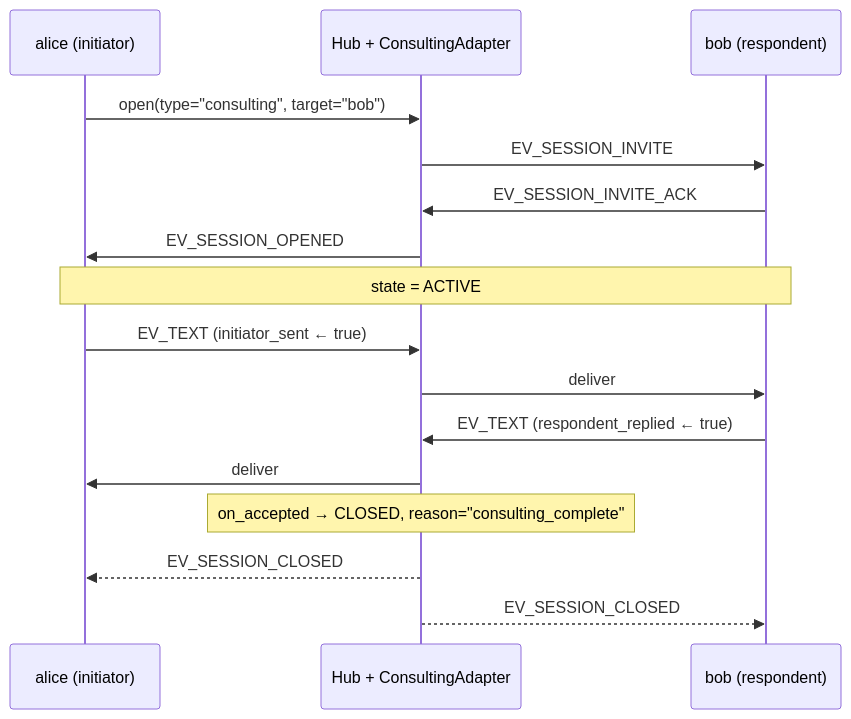
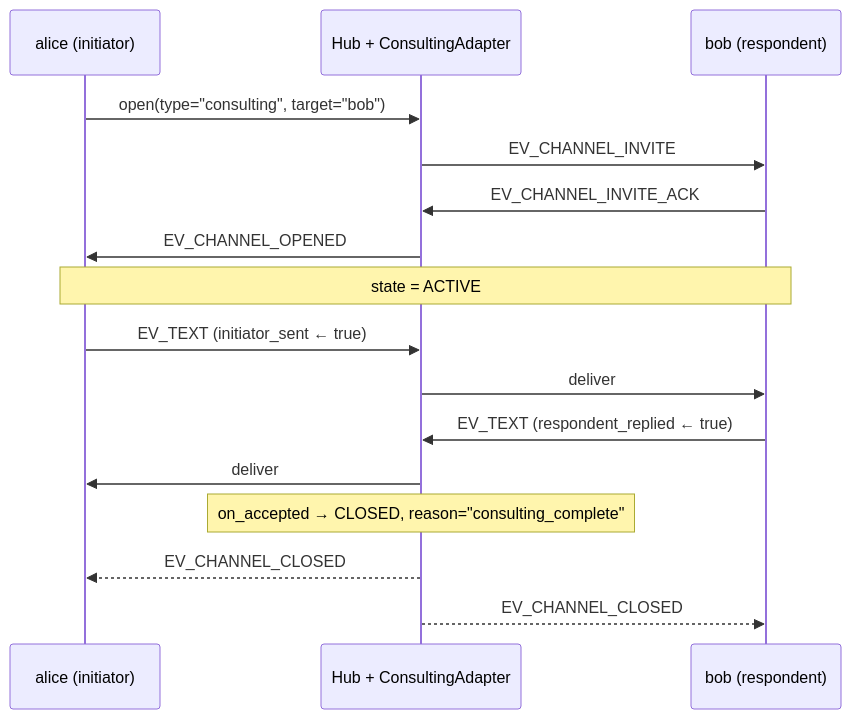
One commit to shaneholloman/ag2 changed the diagram in website/docs/beta/network/consulting.mdx. Above: the diagram before and after it, drawn with Mermaid. The commit also changed other lines of this file and 100 other files, not shown here.

````diff
--- a/website/docs/beta/network/consulting.mdx
+++ b/website/docs/beta/network/consulting.mdx
@@ -25,20 +25,20 @@
 ```mermaid
 sequenceDiagram
     participant A as alice (initiator)
     participant H as Hub + ConsultingAdapter
     participant B as bob (respondent)
 
     A->>H: open(type="consulting", target="bob")
-    H->>B: EV_SESSION_INVITE
-    B->>H: EV_SESSION_INVITE_ACK
-    H->>A: EV_SESSION_OPENED
+    H->>B: EV_CHANNEL_INVITE
+    B->>H: EV_CHANNEL_INVITE_ACK
+    H->>A: EV_CHANNEL_OPENED
     Note over A,B: state = ACTIVE
 
     A->>H: EV_TEXT (initiator_sent ← true)
     H->>B: deliver
     B->>H: EV_TEXT (respondent_replied ← true)
     H->>A: deliver
     Note over H: on_accepted → CLOSED, reason="consulting_complete"
-    H-->>A: EV_SESSION_CLOSED
-    H-->>B: EV_SESSION_CLOSED
+    H-->>A: EV_CHANNEL_CLOSED
+    H-->>B: EV_CHANNEL_CLOSED
 ```
````
